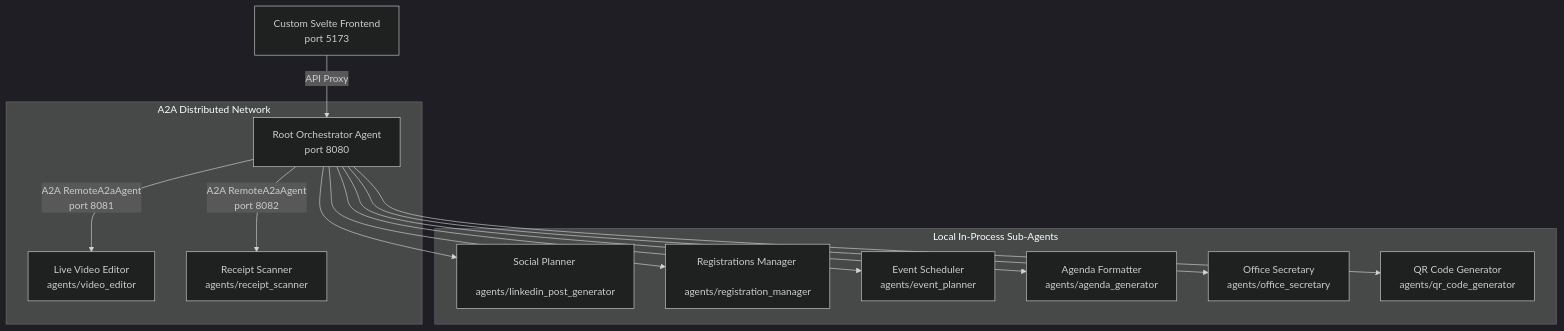
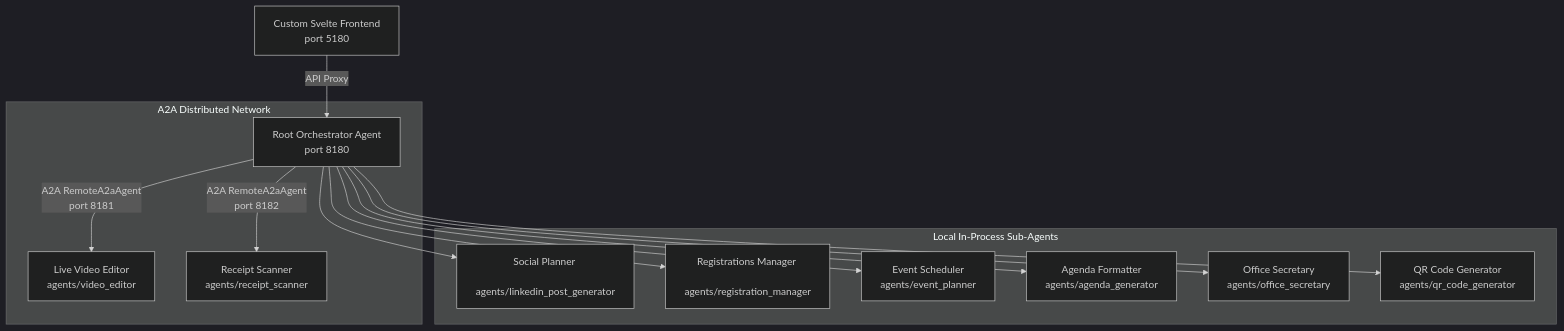
Before and after one commit to aplachykau-git/gdg_agents: the diagram in docs/setup_guide.md, drawn with Mermaid (dark theme). The commit also changed other lines of this file and 41 other files, not shown here.

Commit message:
feat(video_editor): add static 4K cover choice, early anti-zoom outpainting, no-break titles, and algorithmic vibrant colors

````diff
--- a/docs/setup_guide.md
+++ b/docs/setup_guide.md
@@ -11,18 +11,18 @@
 ```mermaid
 graph TD
-    A[Custom Svelte Frontend <br> port 5173] -->|API Proxy| B[Root Orchestrator Agent <br> port 8080]
+    A[Custom Svelte Frontend <br> port 5180] -->|API Proxy| B[Root Orchestrator Agent <br> port 8180]
     
     subgraph "A2A Distributed Network"
-        B -->|A2A RemoteA2aAgent <br> port 8081| E[Live Video Editor <br> agents/video_editor]
-        B -->|A2A RemoteA2aAgent <br> port 8082| D[Receipt Scanner <br> agents/receipt_scanner]
+        B -->|A2A RemoteA2aAgent <br> port 8181| E[Live Video Editor <br> agents/video_editor]
+        B -->|A2A RemoteA2aAgent <br> port 8182| D[Receipt Scanner <br> agents/receipt_scanner]
     end
     
     subgraph "Local In-Process Sub-Agents"
         B --> F[Social Planner <br> agents/linkedin_post_generator]
         B --> G[Registrations Manager <br> agents/registration_manager]
         B --> H[Event Scheduler <br> agents/event_planner]
         B --> I[Agenda Formatter <br> agents/agenda_generator]
         B --> J[Office Secretary <br> agents/office_secretary]
         B --> K[QR Code Generator <br> agents/qr_code_generator]
     end
 ```
````
